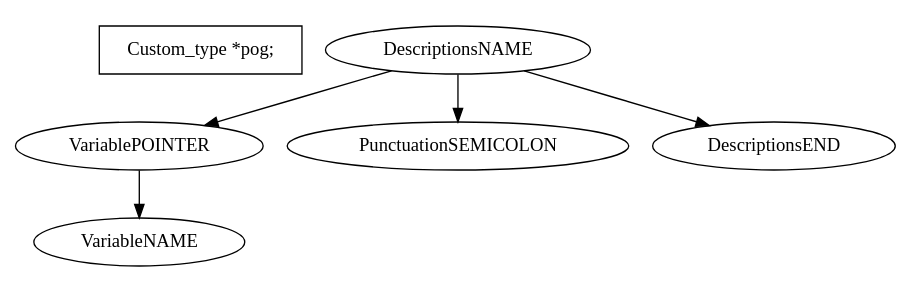
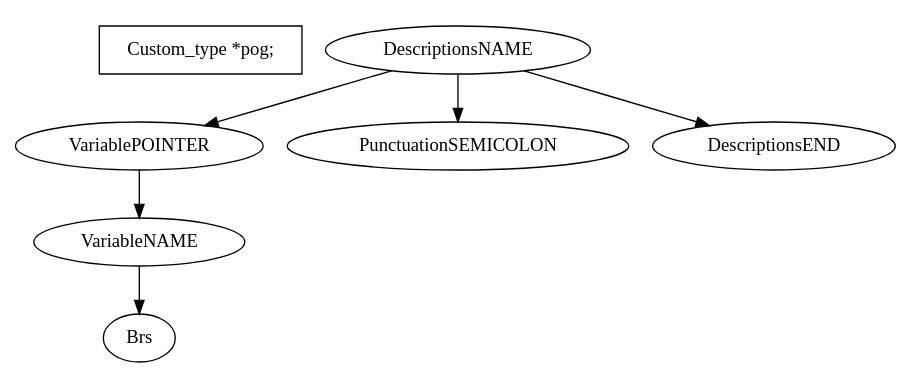
The diagram in TranslationMethods/RecursiveParsing/tree/tree8.dot (DubKoldun/university-courses), drawn with Graphviz before and after one commit. The commit also changed 6 other files, not shown here.

Commit message:
✅ generated dotfiles for graphivz

```diff
--- a/TranslationMethods/RecursiveParsing/tree/tree8.dot
+++ b/TranslationMethods/RecursiveParsing/tree/tree8.dot
@@ -1,15 +1,17 @@
 digraph G { 
 	subgraph clusterHeader {
 		margin=0
 		style="invis"
 		HEADER [shape="box" label="Custom_type *pog;"];
 	}	1->2;
 	2->3;
-	1->4;
+	3->4;
 	1->5;
+	1->6;
 	1[label=DescriptionsNAME];
 	2[label=VariablePOINTER];
 	3[label=VariableNAME];
-	4[label=PunctuationSEMICOLON];
-	5[label=DescriptionsEND];
+	4[label=Brs];
+	5[label=PunctuationSEMICOLON];
+	6[label=DescriptionsEND];
 }
```
